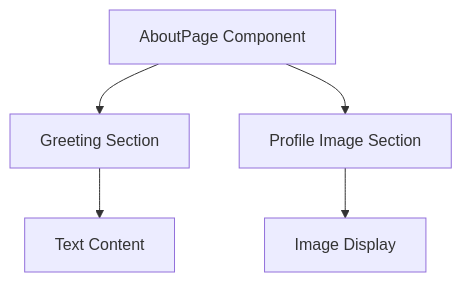
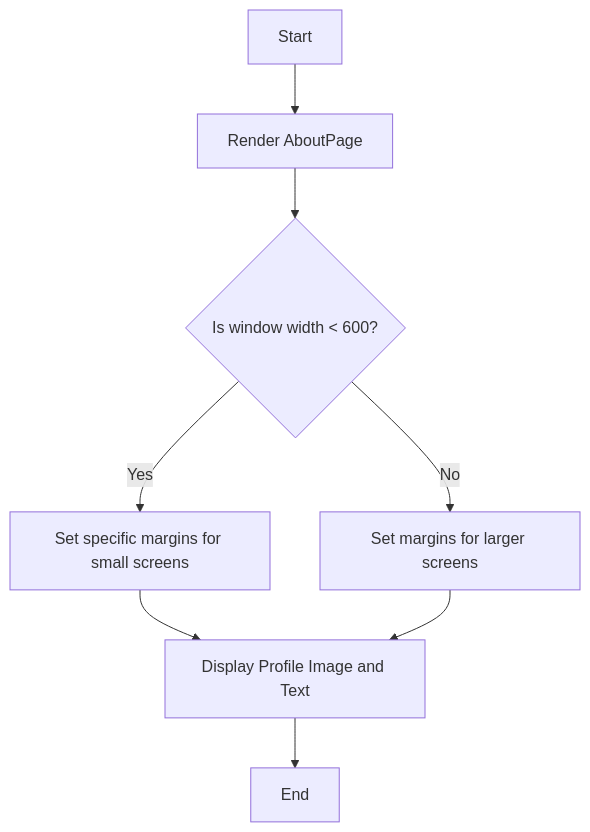
The diagram in docs/page/AboutPage.md (Junliang1115/Personal-Website), drawn with Mermaid before and after one commit. The commit also changed other lines of this file and 6 other files, not shown here.

````diff
--- a/docs/page/AboutPage.md
+++ b/docs/page/AboutPage.md
@@ -46,7 +36,10 @@
 ```mermaid
 flowchart TD
-    A[AboutPage Component] --> B[Greeting Section]
-    A --> C[Profile Image Section]
-    B --> D[Text Content]
-    C --> E[Image Display]
+    A[Start] --> B[Render AboutPage]
+    B --> C{Is window width < 600?}
+    C -- Yes --> D[Set specific margins for small screens]
+    C -- No --> E[Set margins for larger screens]
+    D --> F[Display Profile Image and Text]
+    E --> F
+    F --> G[End]
 ```
````
